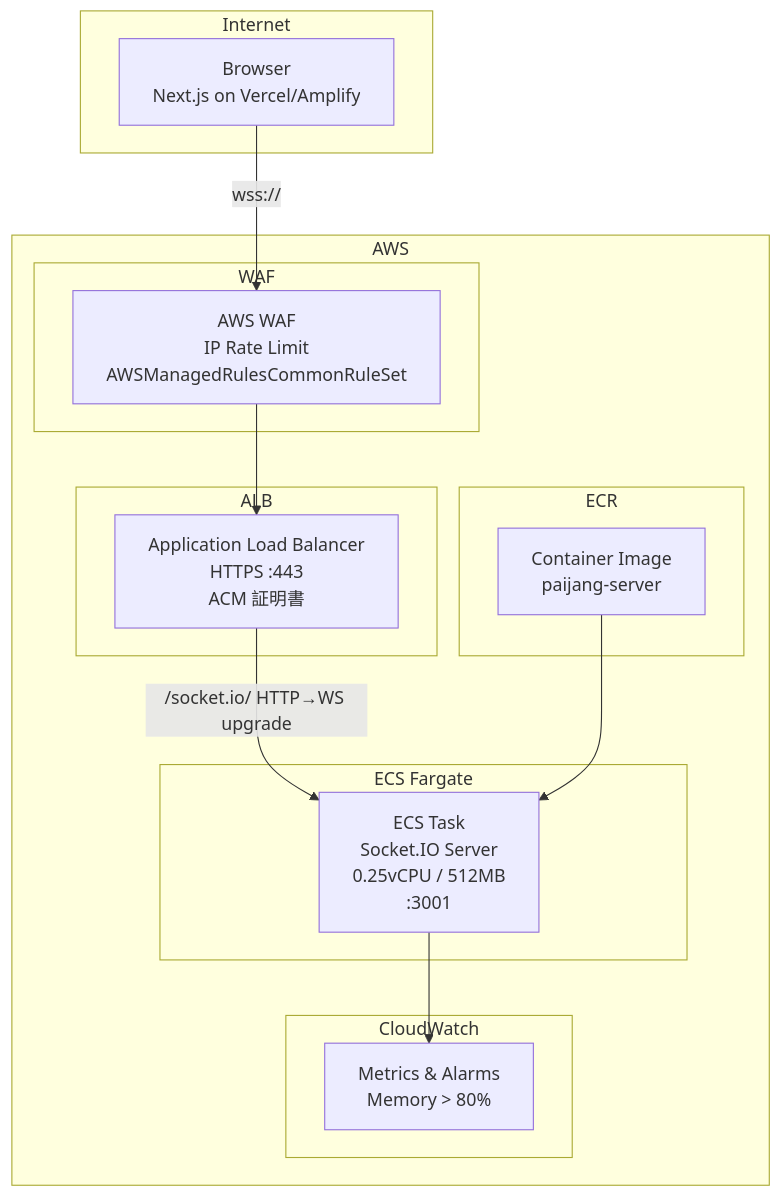
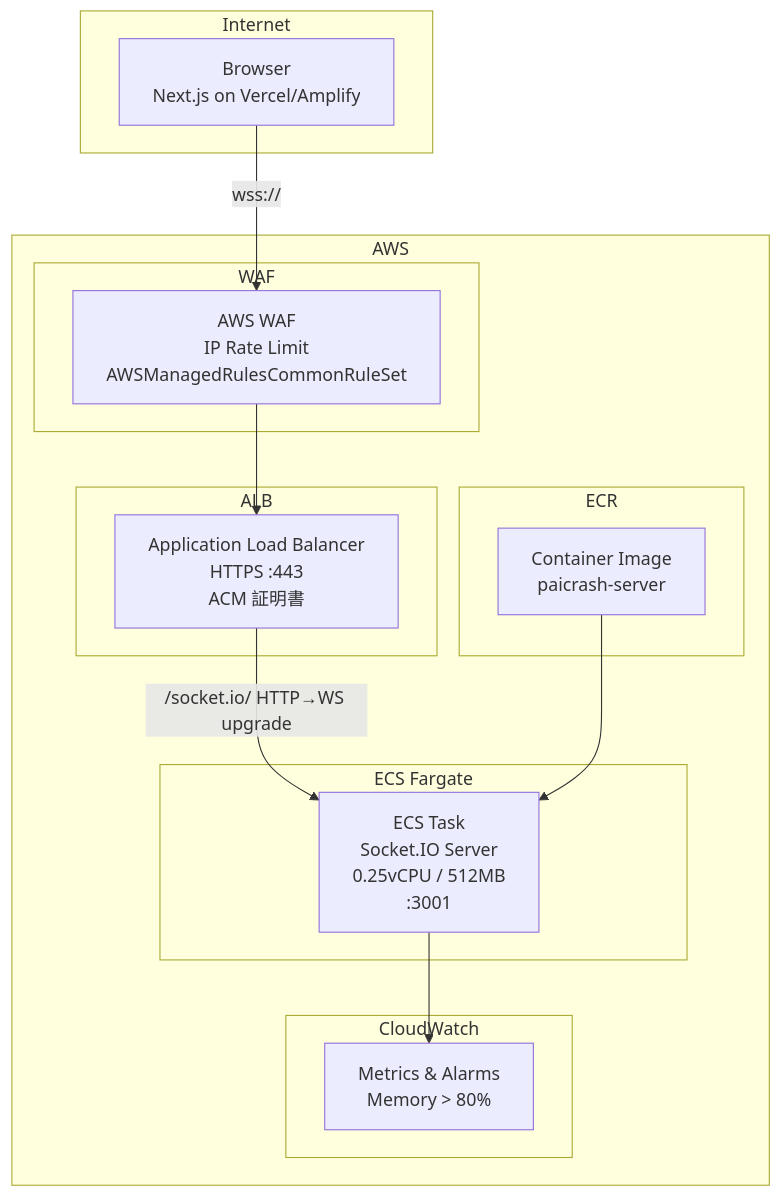
The second of 8 diagrams in docs/kiro-specs/online-multiplayer/design.md (df-yamashitamasashi/paicrash), drawn with Mermaid before and after one commit. The commit also changed other lines of this file and 34 other files, not shown here.

````diff
--- a/docs/kiro-specs/online-multiplayer/design.md
+++ b/docs/kiro-specs/online-multiplayer/design.md
@@ -47,33 +47,33 @@
 ```mermaid
 graph TB
     subgraph Internet
         Browser[Browser<br/>Next.js on Vercel/Amplify]
     end
 
     subgraph AWS
         subgraph WAF_Layer[WAF]
             WAF[AWS WAF<br/>IP Rate Limit<br/>AWSManagedRulesCommonRuleSet]
         end
 
         subgraph ALB_Layer[ALB]
             ALB[Application Load Balancer<br/>HTTPS :443<br/>ACM 証明書]
         end
 
         subgraph ECS_Layer[ECS Fargate]
             Task[ECS Task<br/>Socket.IO Server<br/>0.25vCPU / 512MB<br/>:3001]
         end
 
         subgraph Registry[ECR]
-            ECR[Container Image<br/>paijang-server]
+            ECR[Container Image<br/>paicrash-server]
         end
 
         subgraph Monitoring[CloudWatch]
             CW[Metrics & Alarms<br/>Memory > 80%]
         end
     end
 
     Browser -->|wss://| WAF --> ALB
     ALB -->|/socket.io/ HTTP→WS upgrade| Task
     ECR --> Task
     Task --> CW
 ```
````
